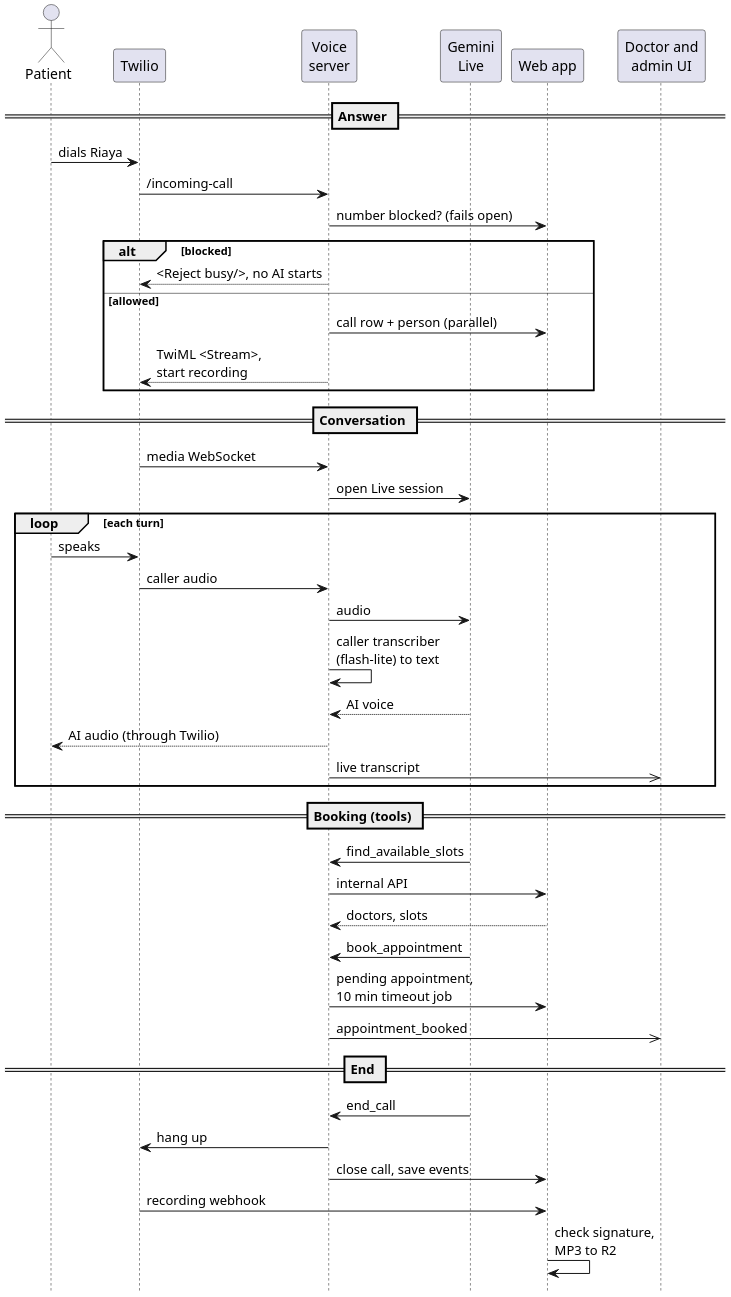
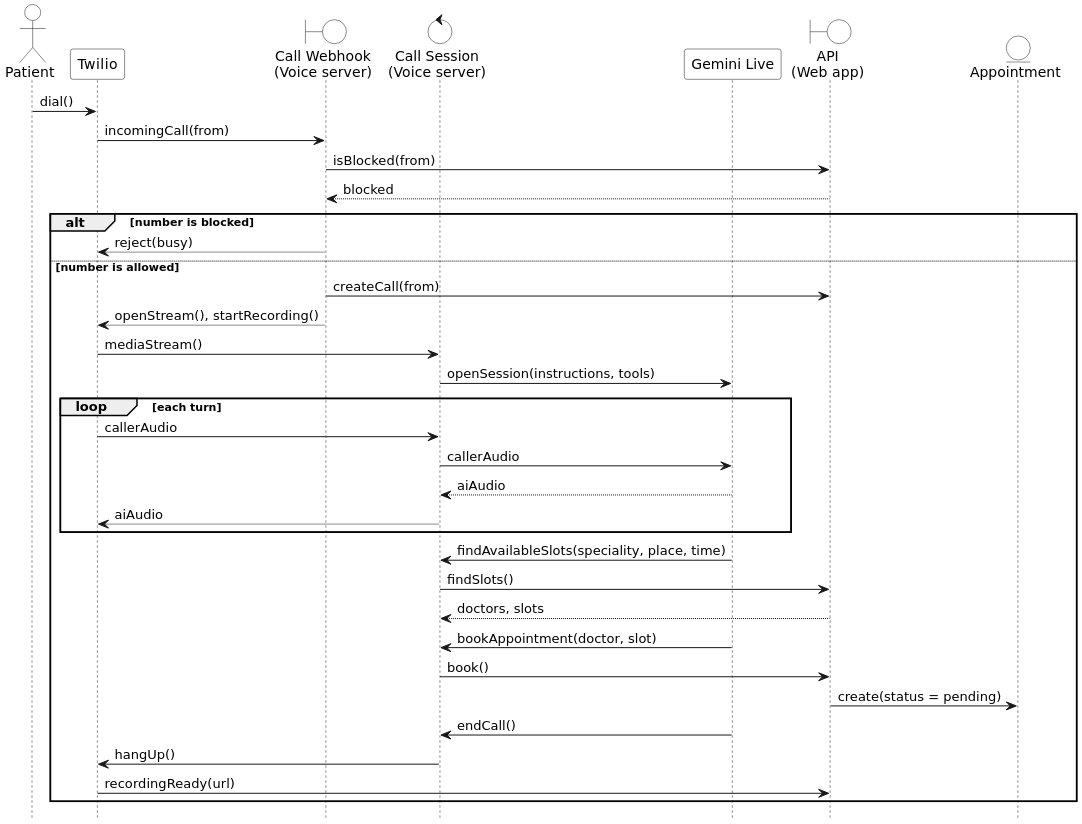
Before and after one commit to AtriOmar/riaya-report: the diagram in images/diagrams/src/sequence_call_flow.puml, drawn with PlantUML. The commit also changed 31 other files, not shown here.

First line of the commit message:
Redraw the sequence, class, activity and BPMN diagrams

```diff
--- a/images/diagrams/src/sequence_call_flow.puml
+++ b/images/diagrams/src/sequence_call_flow.puml
@@ -1,51 +1,50 @@
 @startuml sequence_call_flow
 skinparam dpi 192
+skinparam monochrome true
+skinparam shadowing false
+skinparam defaultFontName "DejaVu Sans"
+skinparam ParticipantBackgroundColor white
+skinparam ActorBackgroundColor white
+skinparam BoundaryBackgroundColor white
+skinparam ControlBackgroundColor white
+skinparam EntityBackgroundColor white
+skinparam QueueBackgroundColor white
+skinparam SequenceGroupHeaderBackgroundColor white
 hide footbox
-skinparam maxMessageSize 200
 
 actor "Patient" as P
 participant "Twilio" as T
-participant "Voice\nserver" as V
-participant "Gemini\nLive" as G
-participant "Web app" as W
-participant "Doctor and\nadmin UI" as D
+boundary "Call Webhook\n(Voice server)" as H
+control "Call Session\n(Voice server)" as S
+participant "Gemini Live" as G
+boundary "API\n(Web app)" as A
+entity "Appointment" as E
 
-== Answer ==
-P -> T : dials Riaya
-T -> V : /incoming-call
-V -> W : number blocked? (fails open)
-alt blocked
-  V --> T : <Reject busy/>, no AI starts
-else allowed
-  V -> W : call row + person (parallel)
-  V --> T : TwiML <Stream>,\nstart recording
+P -> T : dial()
+T -> H : incomingCall(from)
+H -> A : isBlocked(from)
+A --> H : blocked
+alt number is blocked
+  H --> T : reject(busy)
+else number is allowed
+  H -> A : createCall(from)
+  H --> T : openStream(), startRecording()
+  T -> S : mediaStream()
+  S -> G : openSession(instructions, tools)
+  loop each turn
+    T -> S : callerAudio
+    S -> G : callerAudio
+    G --> S : aiAudio
+    S --> T : aiAudio
+  end
+  G -> S : findAvailableSlots(speciality, place, time)
+  S -> A : findSlots()
+  A --> S : doctors, slots
+  G -> S : bookAppointment(doctor, slot)
+  S -> A : book()
+  A -> E : create(status = pending)
+  G -> S : endCall()
+  S -> T : hangUp()
+  T -> A : recordingReady(url)
 end
-
-== Conversation ==
-T -> V : media WebSocket
-V -> G : open Live session
-loop each turn
-  P -> T : speaks
-  T -> V : caller audio
-  V -> G : audio
-  V -> V : caller transcriber\n(flash-lite) to text
-  G --> V : AI voice
-  V --> P : AI audio (through Twilio)
-  V ->> D : live transcript
-end
-
-== Booking (tools) ==
-G -> V : find_available_slots
-V -> W : internal API
-W --> V : doctors, slots
-G -> V : book_appointment
-V -> W : pending appointment,\n10 min timeout job
-V ->> D : appointment_booked
-
-== End ==
-G -> V : end_call
-V -> T : hang up
-V -> W : close call, save events
-T -> W : recording webhook
-W -> W : check signature,\nMP3 to R2
 @enduml
```
